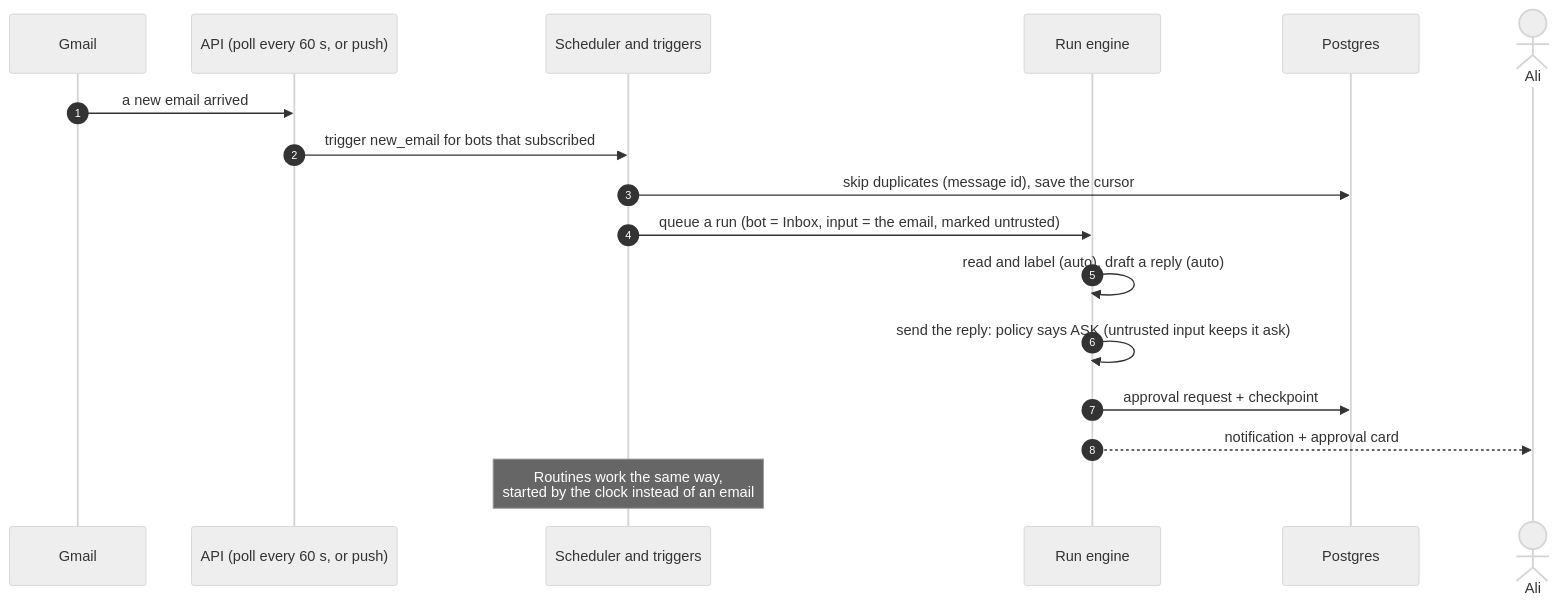
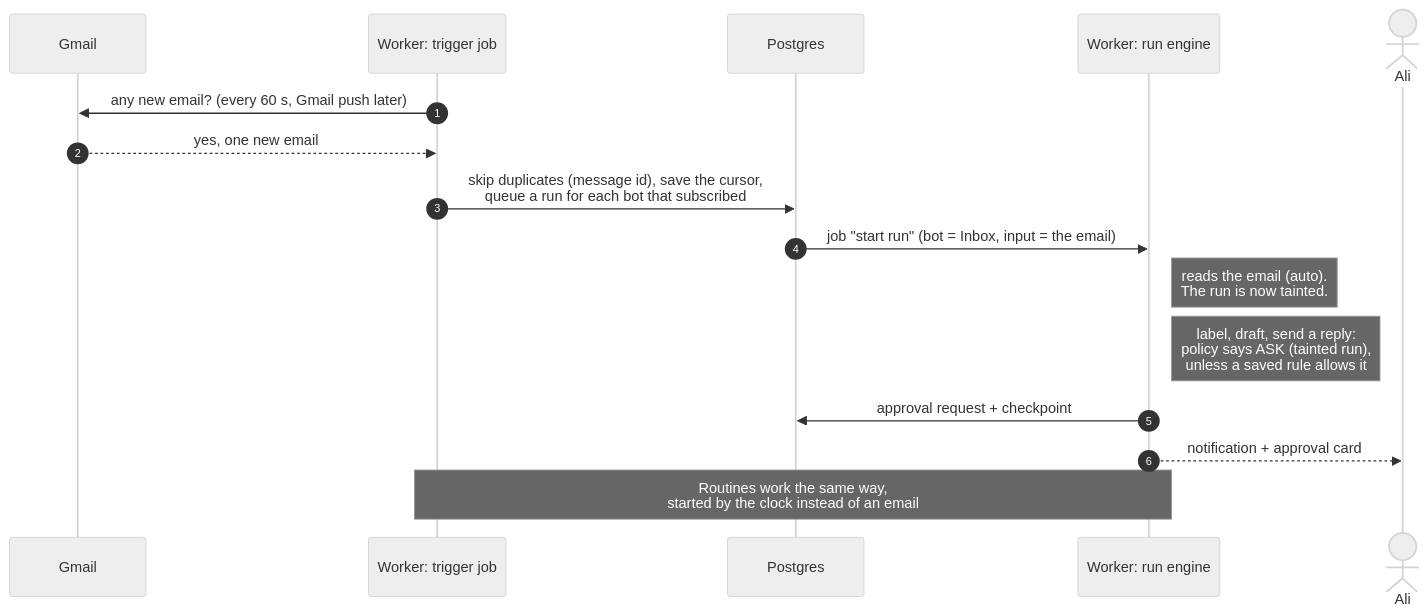
The diagram in docs/architecture/diagrams/06-trigger-sequence.mmd (alihassan-coder/botdesk), drawn with Mermaid (neutral theme) before and after one commit. The commit also changed 23 other files, not shown here.

Commit message:
docs: align architecture docs and diagrams with ADRs 0004-0006, mark high-level.md as partly historical

```diff
--- a/docs/architecture/diagrams/06-trigger-sequence.mmd
+++ b/docs/architecture/diagrams/06-trigger-sequence.mmd
@@ -1,17 +1,16 @@
 sequenceDiagram
   autonumber
   participant G as Gmail
-  participant API as API (poll every 60 s, or push)
-  participant SCH as Scheduler and triggers
-  participant RUN as Run engine
+  participant SCH as Worker: trigger job
   participant DB as Postgres
+  participant RUN as Worker: run engine
   actor Ali as Ali
-  G->>API: a new email arrived
-  API->>SCH: trigger new_email for bots that subscribed
-  SCH->>DB: skip duplicates (message id), save the cursor
-  SCH->>RUN: queue a run (bot = Inbox, input = the email, marked untrusted)
-  RUN->>RUN: read and label (auto), draft a reply (auto)
-  RUN->>RUN: send the reply: policy says ASK (untrusted input keeps it ask)
+  SCH->>G: any new email? (every 60 s, Gmail push later)
+  G-->>SCH: yes, one new email
+  SCH->>DB: skip duplicates (message id), save the cursor,<br/>queue a run for each bot that subscribed
+  DB->>RUN: job "start run" (bot = Inbox, input = the email)
+  Note right of RUN: reads the email (auto).<br/>The run is now tainted.
+  Note right of RUN: label, draft, send a reply:<br/>policy says ASK (tainted run),<br/>unless a saved rule allows it
   RUN->>DB: approval request + checkpoint
   RUN-->>Ali: notification + approval card
-  Note over SCH: Routines work the same way,<br/>started by the clock instead of an email
+  Note over SCH,RUN: Routines work the same way,<br/>started by the clock instead of an email
```
